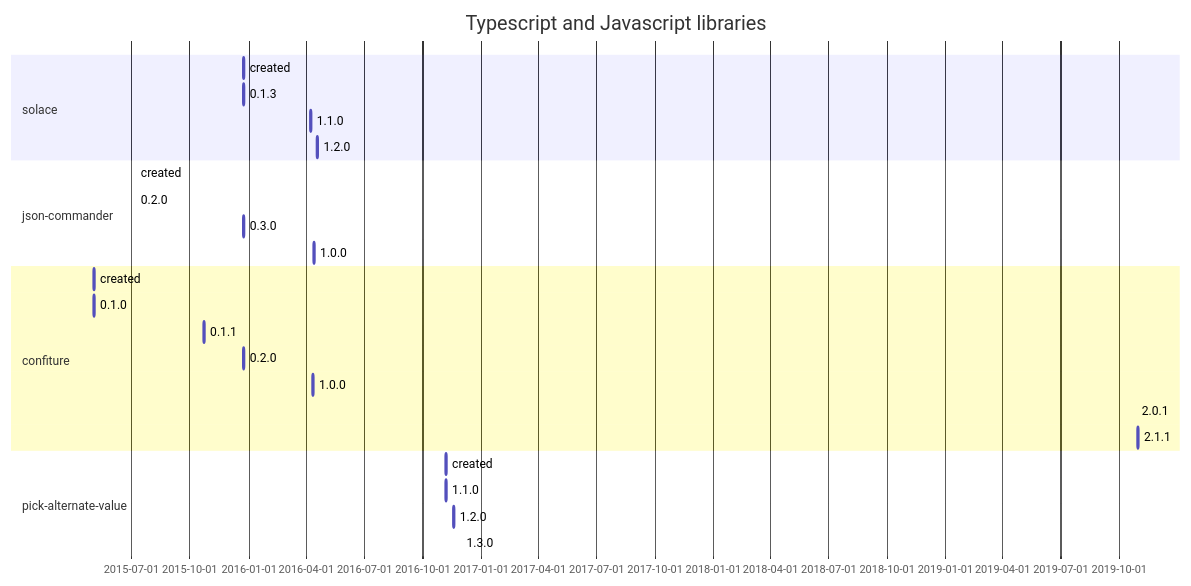
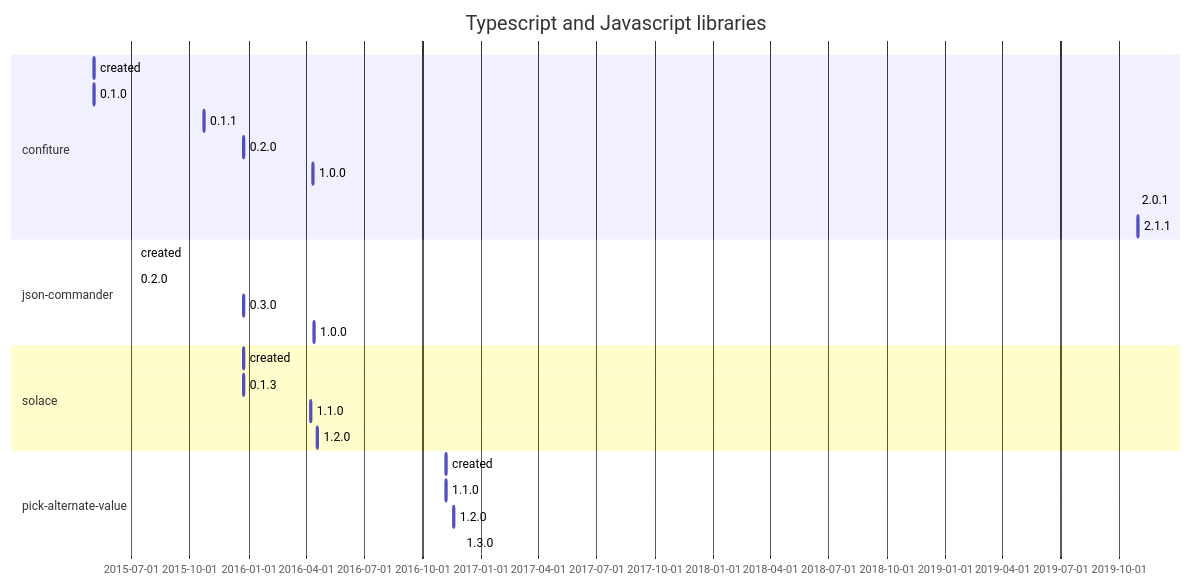
The second of 4 diagrams in SOFTWARE-TIMELINE.md (flarebyte/overview), drawn with Mermaid before and after one commit. The commit also changed other lines of this file and 1 other file, not shown here.

````diff
--- a/SOFTWARE-TIMELINE.md
+++ b/SOFTWARE-TIMELINE.md
@@ -66,36 +66,36 @@
 ```mermaid
 gantt
     title Typescript and Javascript libraries
     dateFormat  YYYY-MM-DD
-
-    section solace
-    created:, 2015-12-25, 1d
-    0.1.3:, 2015-12-25, 1d
-    1.1.0:, 2016-04-08, 1d
-    1.2.0:, 2016-04-18, 1d
-
-
-    section json-commander
-    created:, 2015-07-07, 1d
-    0.2.0:, 2015-07-07, 1d
-    0.3.0:, 2015-12-25, 1d
-    1.0.0:, 2016-04-13, 1d
-
 
     section confiture
     created:, 2015-05-03, 1d
     0.1.0:, 2015-05-03, 1d
     0.1.1:, 2015-10-23, 1d
     0.2.0:, 2015-12-25, 1d
     1.0.0:, 2016-04-12, 1d
     2.0.1:, 2019-10-28, 1d
     2.1.1:, 2019-10-31, 1d
 
 
+    section json-commander
+    created:, 2015-07-07, 1d
+    0.2.0:, 2015-07-07, 1d
+    0.3.0:, 2015-12-25, 1d
+    1.0.0:, 2016-04-13, 1d
+
+
+    section solace
+    created:, 2015-12-25, 1d
+    0.1.3:, 2015-12-25, 1d
+    1.1.0:, 2016-04-08, 1d
+    1.2.0:, 2016-04-18, 1d
+
+
     section pick-alternate-value
     created:, 2016-11-07, 1d
     1.1.0:, 2016-11-07, 1d
     1.2.0:, 2016-11-19, 1d
     1.3.0:, 2016-11-30, 1d
 
 ```
````
